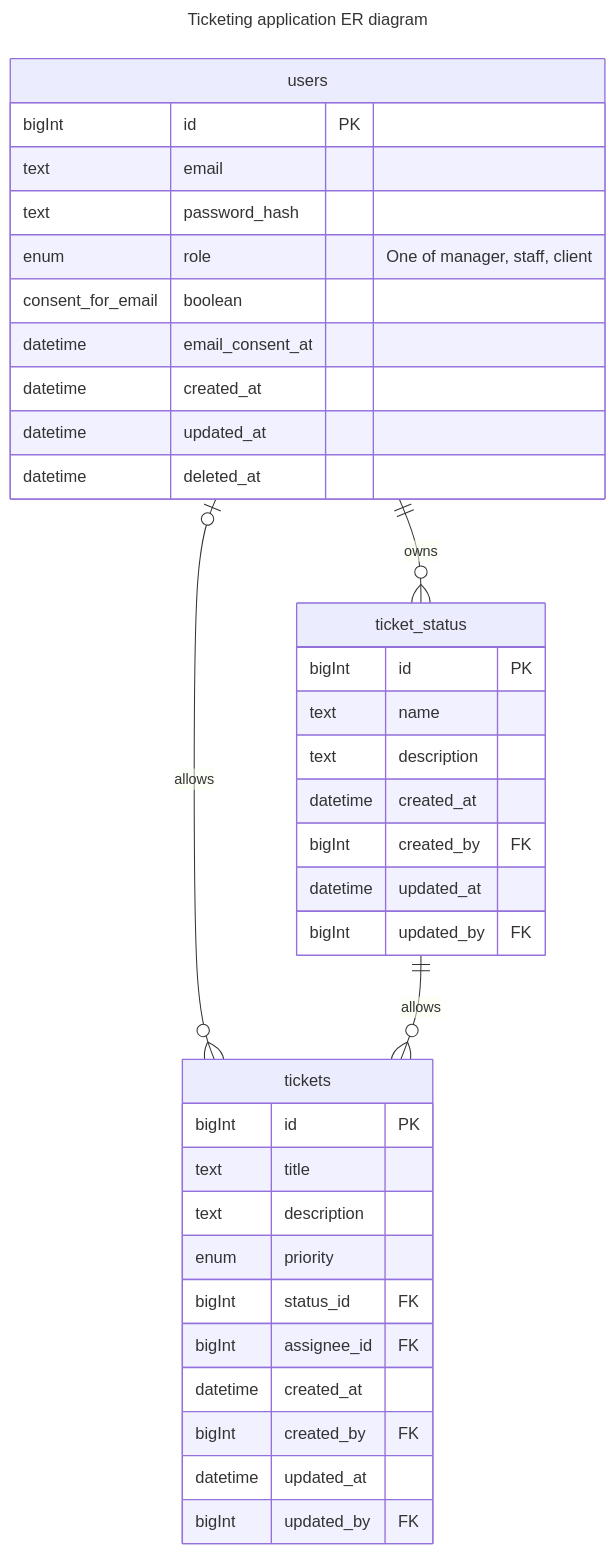
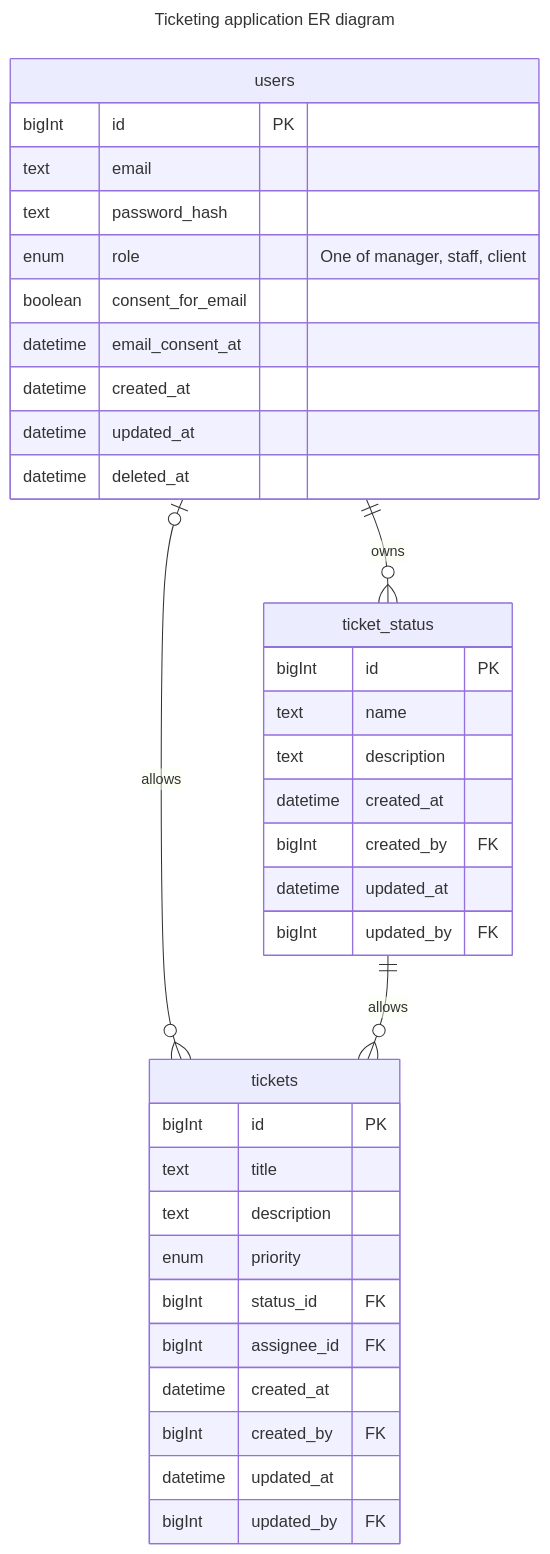
Before and after one commit to NoonDaySun-Programming-Pty-Ltd/support-tickets: the diagram in README.md, drawn with Mermaid. The commit also changed other lines of this file and 7 other files, not shown here.

````diff
--- a/README.md
+++ b/README.md
@@ -18,41 +34,41 @@
 ```mermaid
 ---
 title: Ticketing application ER diagram
 ---
 erDiagram
     users {
         bigInt id PK
         text email
         text password_hash
         enum role "One of manager, staff, client"
-        consent_for_email boolean
+        boolean consent_for_email
         datetime email_consent_at
         datetime created_at
         datetime updated_at
         datetime deleted_at
     }
     users |o--o{ tickets : allows
     users ||--o{ ticket_status : owns
     tickets {
         bigInt id PK
         text title
         text description
         enum priority
         bigInt status_id FK
         bigInt assignee_id FK
         datetime created_at
         bigInt created_by FK
         datetime updated_at
         bigInt updated_by FK
     }
     ticket_status ||--o{ tickets : allows
     ticket_status {
         bigInt id PK
         text name
         text description
         datetime created_at
         bigInt created_by FK
         datetime updated_at
         bigInt updated_by FK
     }
 ```
````
